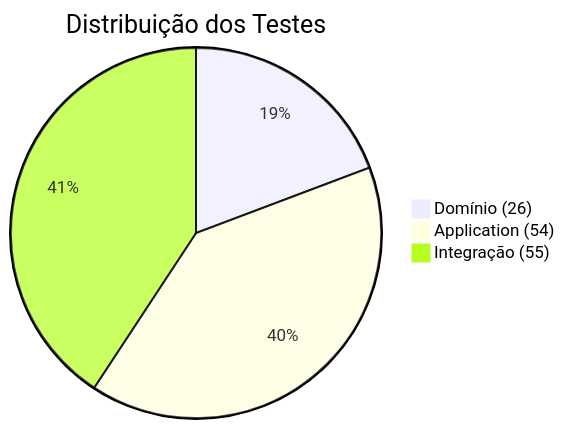
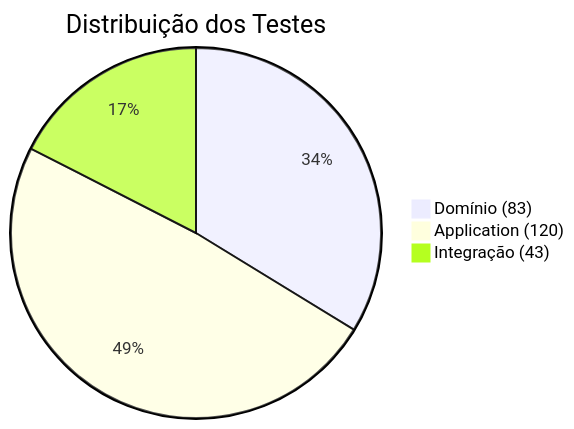
One commit to nelson1987/desafio-cashflow changed the second of 2 diagrams in docs/TESTES.md. Above: the diagram before and after it, drawn with Mermaid. The commit also changed other lines of this file and 3 other files, not shown here.

````diff
--- a/docs/TESTES.md
+++ b/docs/TESTES.md
@@ -51,6 +51,6 @@
 ```mermaid
 pie title Distribuição dos Testes
-    "Domínio (26)" : 26
-    "Application (54)" : 54
-    "Integração (55)" : 55
+    "Domínio (83)" : 83
+    "Application (120)" : 120
+    "Integração (43)" : 43
 ```
````
